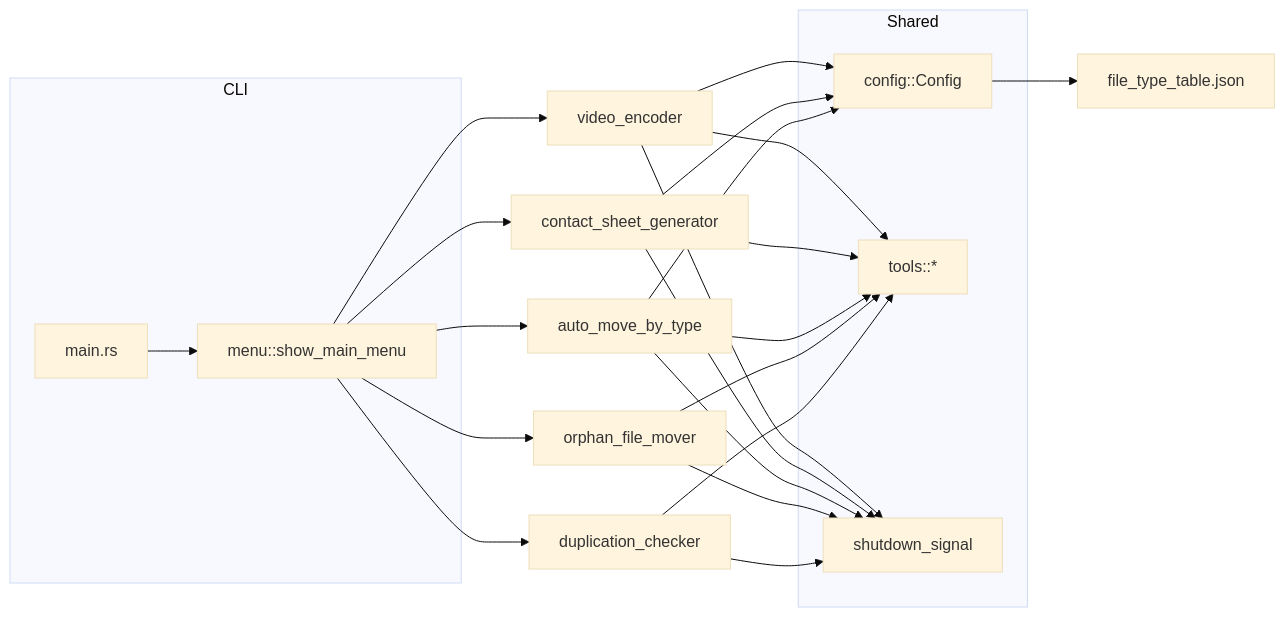
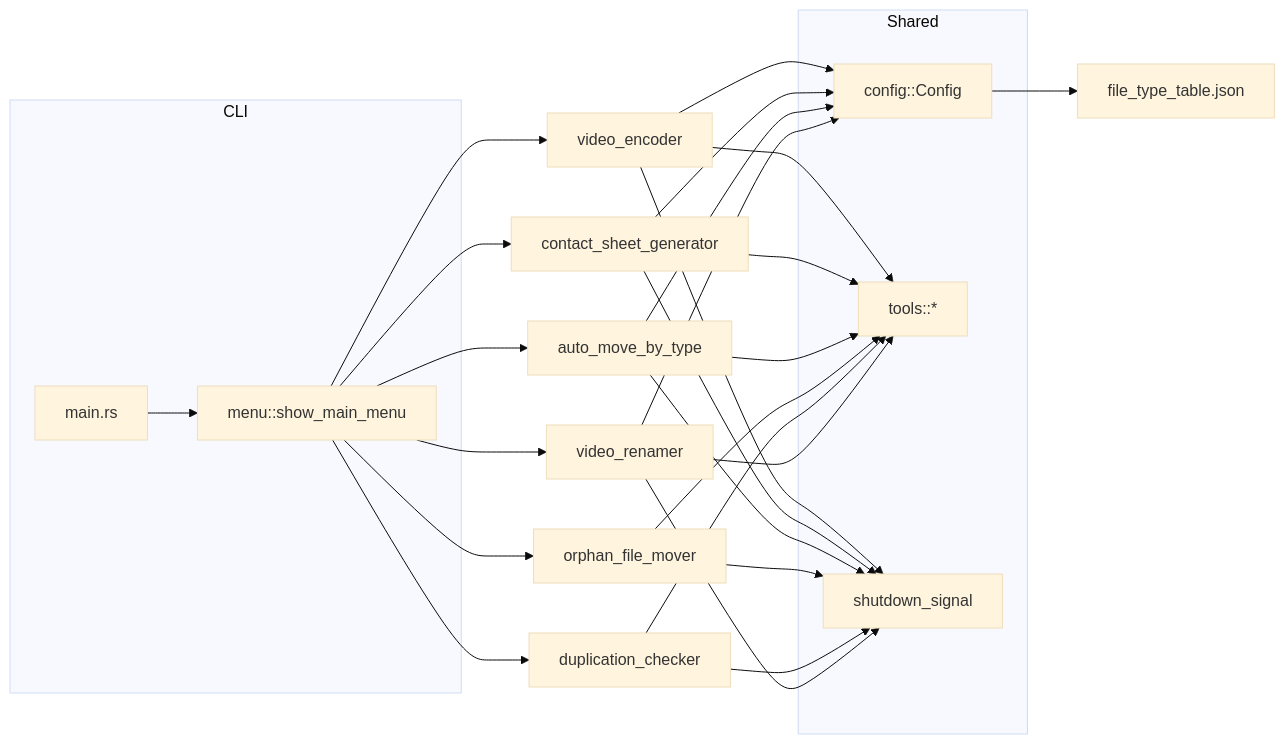
One commit to DennySORA/Auto-Video-Organize changed the first of 2 diagrams in README.md. Above: the diagram before and after it, drawn with Mermaid (base theme). The commit also changed other lines of this file and 9 other files, not shown here.

First line of the commit message:
feat(video-renamer): add duration-based video renaming component

````diff
--- a/README.md
+++ b/README.md
@@ -15,38 +16,43 @@
 ```mermaid
 flowchart LR
     subgraph CLI
         main[main.rs] --> menu[menu::show_main_menu]
     end
 
     menu --> encoder[video_encoder]
     menu --> dedup[duplication_checker]
     menu --> contact[contact_sheet_generator]
     menu --> mover[auto_move_by_type]
     menu --> orphan[orphan_file_mover]
+    menu --> renamer[video_renamer]
 
     subgraph Shared
         config[config::Config]
         tools[tools::*]
         signal[shutdown_signal]
     end
 
     encoder --> config
     encoder --> tools
     encoder --> signal
 
     contact --> config
     contact --> tools
     contact --> signal
 
     mover --> config
     mover --> tools
     mover --> signal
 
     orphan --> tools
     orphan --> signal
 
     dedup --> tools
     dedup --> signal
 
+    renamer --> config
+    renamer --> tools
+    renamer --> signal
+
     config --> data[file_type_table.json]
 ```
````
